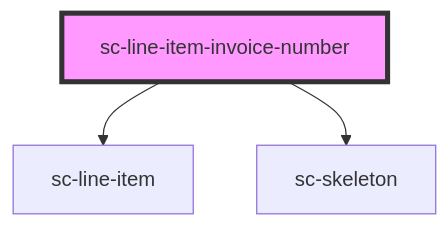
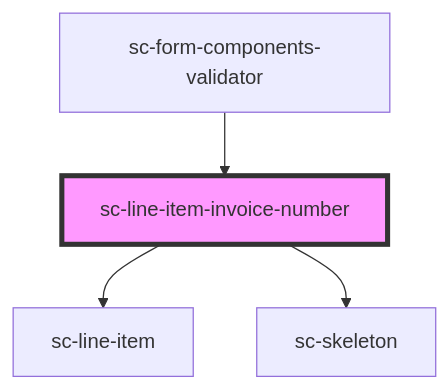
The diagram in packages/components/src/components/controllers/checkout-form/invoice-number/readme.md (surecart/surecart-wp-plugin), drawn with Mermaid before and after one commit. The commit also changed other lines of this file and 3 other files, not shown here.

Commit message:
Invoice number dummy data

````diff
--- a/packages/components/src/components/controllers/checkout-form/invoice-number/readme.md
+++ b/packages/components/src/components/controllers/checkout-form/invoice-number/readme.md
@@ -24,6 +28,7 @@
 ```mermaid
 graph TD;
   sc-line-item-invoice-number --> sc-line-item
   sc-line-item-invoice-number --> sc-skeleton
+  sc-form-components-validator --> sc-line-item-invoice-number
   style sc-line-item-invoice-number fill:#f9f,stroke:#333,stroke-width:4px
 ```
````
